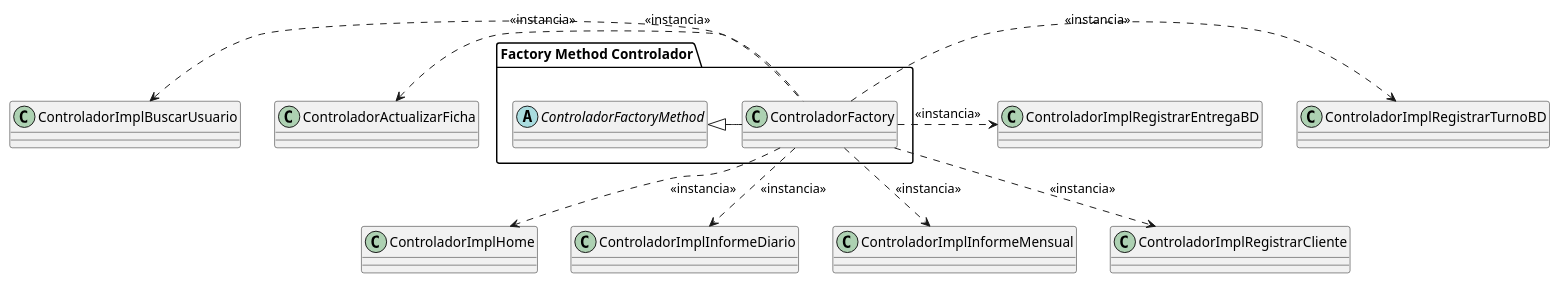
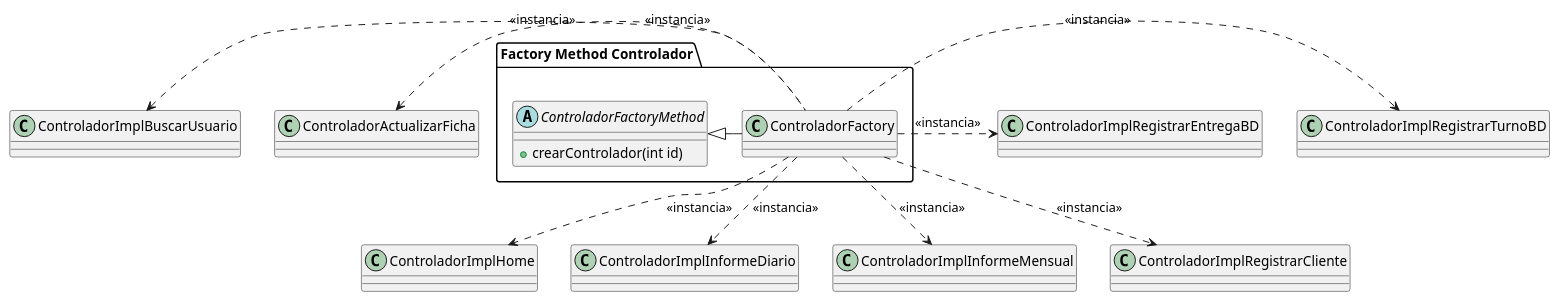
Before and after one commit to TomasAlvarez78/FinalDOO: the diagram in Finalv2/PUMLs/Patrones/Factory Method Controlador.puml, drawn with PlantUML. The commit also changed 24 other files, not shown here.

```diff
--- a/Finalv2/PUMLs/Patrones/Factory Method Controlador.puml
+++ b/Finalv2/PUMLs/Patrones/Factory Method Controlador.puml
@@ -1,15 +1,17 @@
 package "Factory Method Controlador"{
-		abstract class ControladorFactoryMethod
+		abstract class ControladorFactoryMethod{
+			+ crearControlador(int id)
+		}
 		class ControladorFactory
 }
 
 'ControladorFactory
 ControladorFactory -left-|> ControladorFactoryMethod
 ControladorFactory .left.> ControladorActualizarFicha: <<instancia>>
 ControladorFactory .left.>  ControladorImplBuscarUsuario : <<instancia>>
 ControladorFactory ..> ControladorImplHome : <<instancia>>
 ControladorFactory ..> ControladorImplInformeDiario : <<instancia>>
 ControladorFactory ..> ControladorImplInformeMensual : <<instancia>>
 ControladorFactory ..>ControladorImplRegistrarCliente : <<instancia>>
 ControladorFactory .right.> ControladorImplRegistrarEntregaBD : <<instancia>>
 ControladorFactory .right.> ControladorImplRegistrarTurnoBD : <<instancia>>
```
